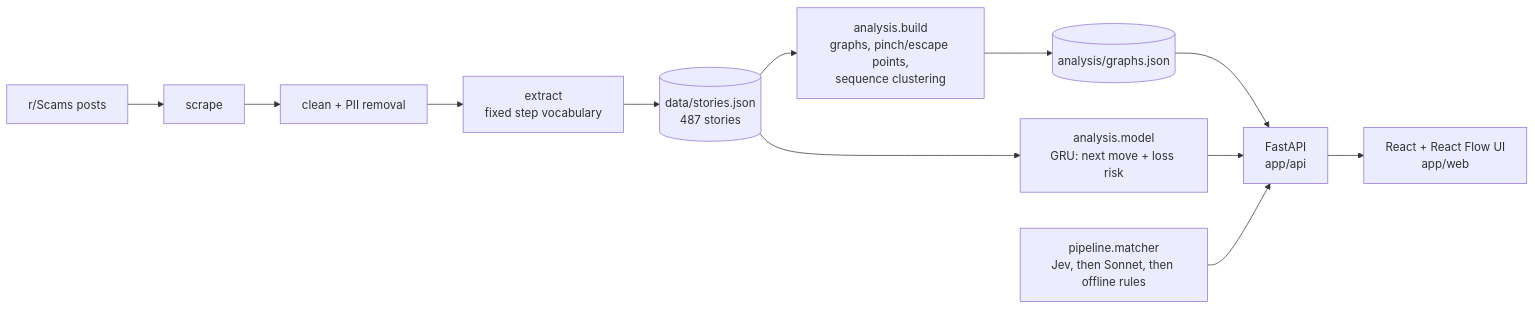
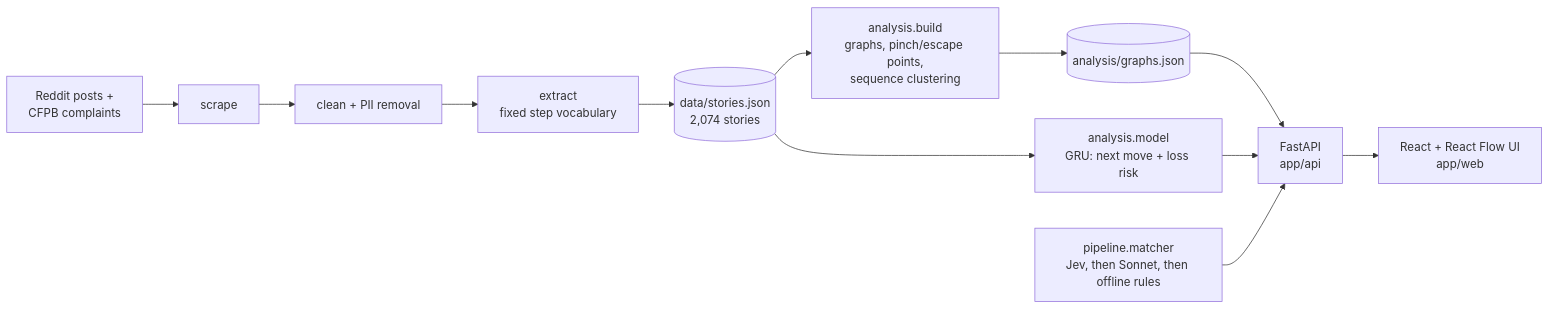
One commit to farajgrow/Neural-Network changed the diagram in README.md. Above: the diagram before and after it, drawn with Mermaid. The commit also changed other lines of this file, not shown here.

````diff
--- a/README.md
+++ b/README.md
@@ -33,12 +33,12 @@
 ```mermaid
 flowchart LR
-  R[r/Scams posts] --> S[scrape] --> C[clean + PII removal] --> X[extract<br/>fixed step vocabulary]
-  X --> D[(data/stories.json<br/>487 stories)]
+  R[Reddit posts +<br/>CFPB complaints] --> S[scrape] --> C[clean + PII removal] --> X[extract<br/>fixed step vocabulary]
+  X --> D[(data/stories.json<br/>2,074 stories)]
   D --> G[analysis.build<br/>graphs, pinch/escape points,<br/>sequence clustering]
   D --> N[analysis.model<br/>GRU: next move + loss risk]
   G --> J[(analysis/graphs.json)]
   J --> A[FastAPI<br/>app/api]
   N --> A
   M[pipeline.matcher<br/>Jev, then Sonnet, then offline rules] --> A
   A --> W[React + React Flow UI<br/>app/web]
 ```
````
